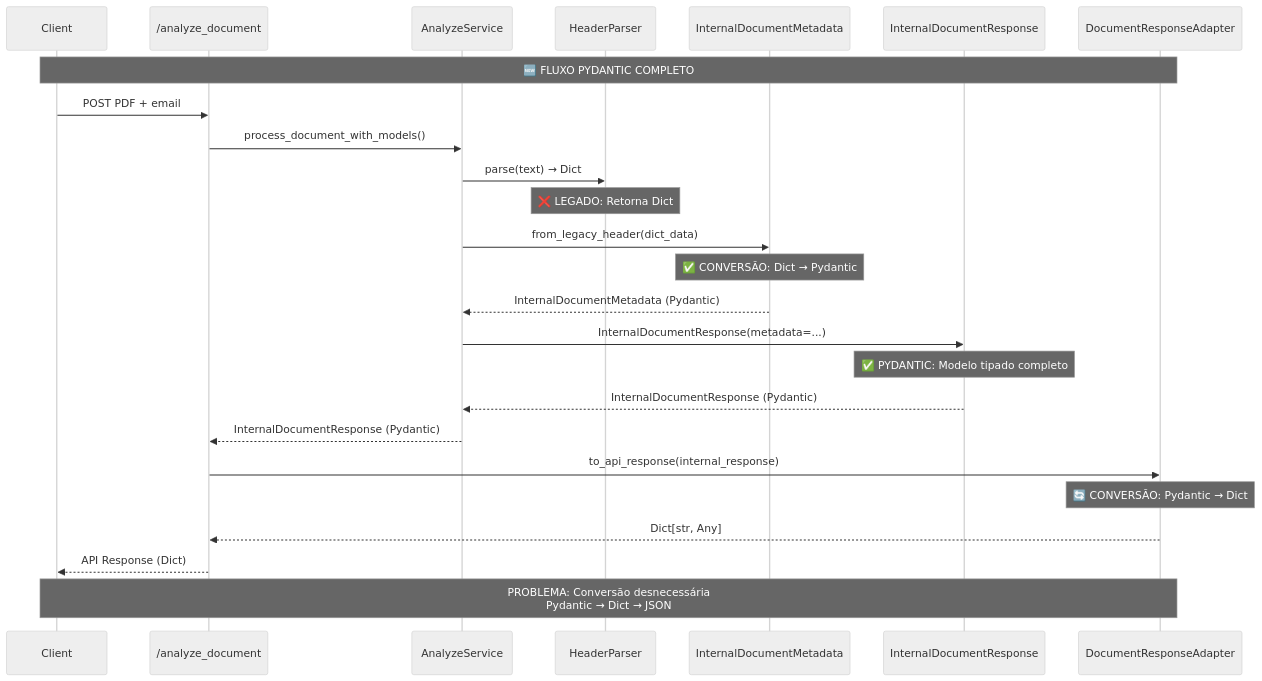
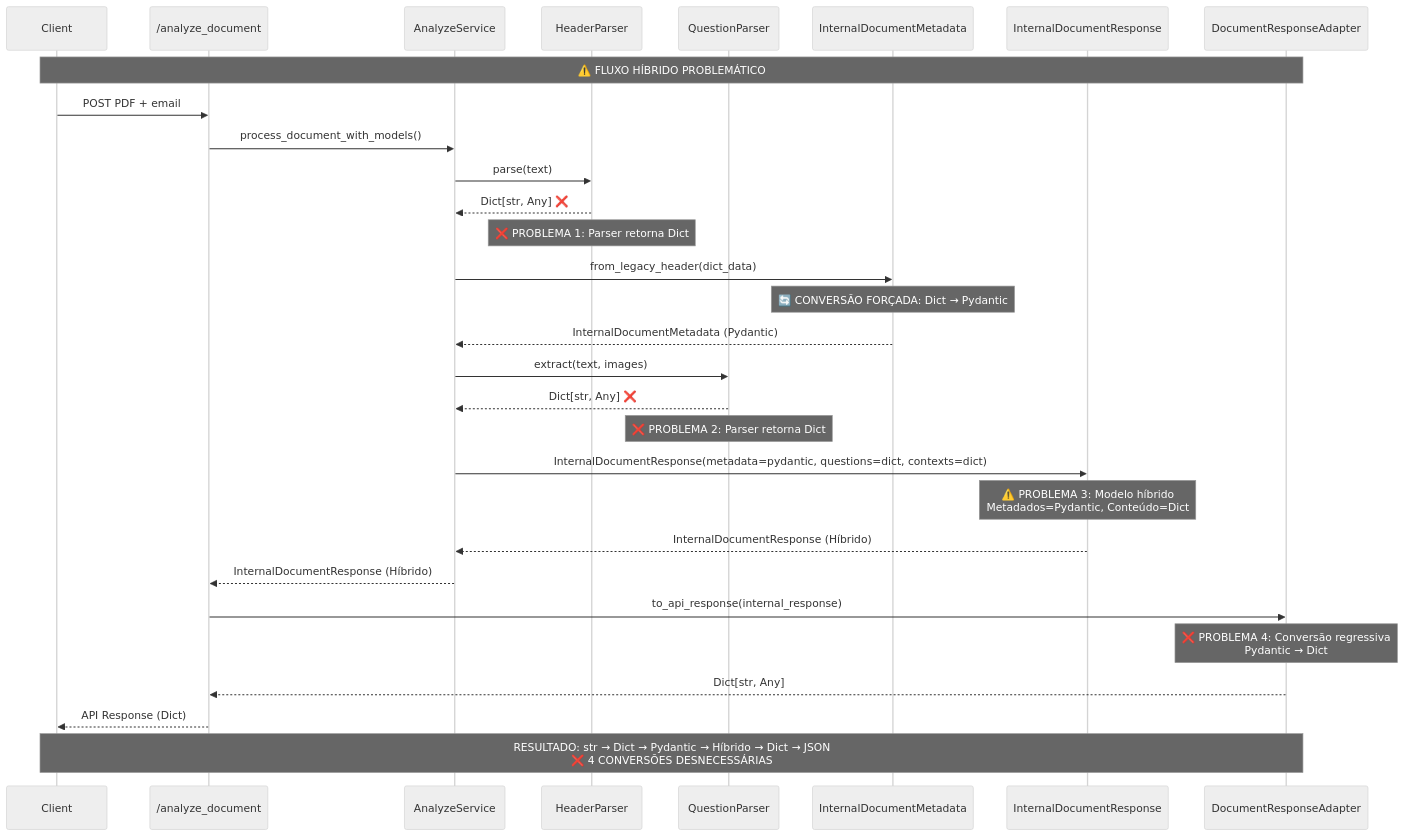
Before and after one commit to Bergami/CriEduc.SmartQuest: the second of 9 diagrams in docs/pydantic_vs_dict_visual_flows.md, drawn with Mermaid (neutral theme). The commit also changed other lines of this file and 2 other files, not shown here.

First line of the commit message:
Atualiza documentação sobre migração Pydantic vs Dict

````diff
--- a/docs/pydantic_vs_dict_visual_flows.md
+++ b/docs/pydantic_vs_dict_visual_flows.md
@@ -72,37 +72,43 @@
 ```mermaid
 sequenceDiagram
     participant Client
     participant Controller as /analyze_document
     participant Service as AnalyzeService
-    participant Parser as HeaderParser
+    participant HeaderParser as HeaderParser
+    participant QuestionParser as QuestionParser
     participant Model as InternalDocumentMetadata
     participant Response as InternalDocumentResponse
     participant Adapter as DocumentResponseAdapter
     
-    Note over Client,Adapter: 🆕 FLUXO PYDANTIC COMPLETO
+    Note over Client,Adapter: ⚠️ FLUXO HÍBRIDO PROBLEMÁTICO
     
     Client->>Controller: POST PDF + email
     
     Controller->>Service: process_document_with_models()
     
-    Service->>Parser: parse(text) → Dict
-    Note over Parser: ❌ LEGADO: Retorna Dict
+    Service->>HeaderParser: parse(text)
+    HeaderParser-->>Service: Dict[str, Any] ❌
+    Note over HeaderParser: ❌ PROBLEMA 1: Parser retorna Dict
     
     Service->>Model: from_legacy_header(dict_data)
-    Note over Model: ✅ CONVERSÃO: Dict → Pydantic
+    Note over Model: 🔄 CONVERSÃO FORÇADA: Dict → Pydantic
     Model-->>Service: InternalDocumentMetadata (Pydantic)
     
-    Service->>Response: InternalDocumentResponse(metadata=...)
-    Note over Response: ✅ PYDANTIC: Modelo tipado completo
-    Response-->>Service: InternalDocumentResponse (Pydantic)
+    Service->>QuestionParser: extract(text, images)
+    QuestionParser-->>Service: Dict[str, Any] ❌
+    Note over QuestionParser: ❌ PROBLEMA 2: Parser retorna Dict
     
-    Service-->>Controller: InternalDocumentResponse (Pydantic)
+    Service->>Response: InternalDocumentResponse(metadata=pydantic, questions=dict, contexts=dict)
+    Note over Response: ⚠️ PROBLEMA 3: Modelo híbrido<br/>Metadados=Pydantic, Conteúdo=Dict
+    Response-->>Service: InternalDocumentResponse (Híbrido)
+    
+    Service-->>Controller: InternalDocumentResponse (Híbrido)
     
     Controller->>Adapter: to_api_response(internal_response)
-    Note over Adapter: 🔄 CONVERSÃO: Pydantic → Dict
+    Note over Adapter: ❌ PROBLEMA 4: Conversão regressiva<br/>Pydantic → Dict
     Adapter-->>Controller: Dict[str, Any]
     
     Controller-->>Client: API Response (Dict)
     
-    Note over Client,Adapter: PROBLEMA: Conversão desnecessária<br/>Pydantic → Dict → JSON
+    Note over Client,Adapter: RESULTADO: str → Dict → Pydantic → Híbrido → Dict → JSON<br/>❌ 4 CONVERSÕES DESNECESSÁRIAS
 ```
````
